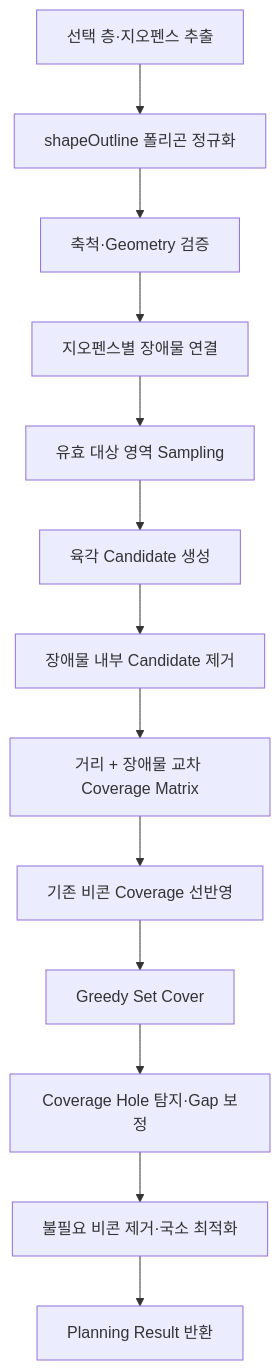
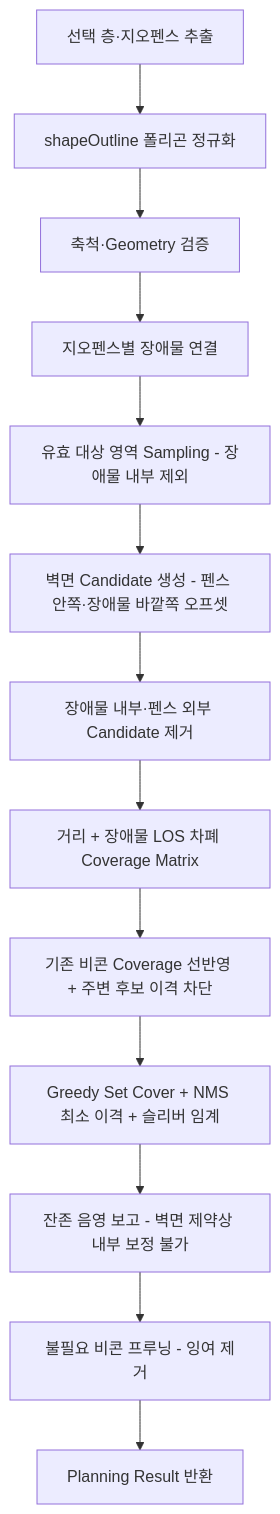
One commit to dongjunson/saferobo-dashboard changed the diagram in docs/beacon_planning.md. Above: the diagram before and after it, drawn with Mermaid. The commit also changed other lines of this file and 18 other files, not shown here.

````diff
--- a/docs/beacon_planning.md
+++ b/docs/beacon_planning.md
@@ -360,15 +432,15 @@
 ```mermaid
 flowchart TD
 A[선택 층·지오펜스 추출] --> B[shapeOutline 폴리곤 정규화]
 B --> C[축척·Geometry 검증]
 C --> D[지오펜스별 장애물 연결]
-D --> E[유효 대상 영역 Sampling]
-E --> F[육각 Candidate 생성]
-F --> G[장애물 내부 Candidate 제거]
-G --> H[거리 + 장애물 교차 Coverage Matrix]
-H --> I[기존 비콘 Coverage 선반영]
-I --> J[Greedy Set Cover]
-J --> K[Coverage Hole 탐지·Gap 보정]
-K --> L[불필요 비콘 제거·국소 최적화]
+D --> E[유효 대상 영역 Sampling - 장애물 내부 제외]
+E --> F[벽면 Candidate 생성 - 펜스 안쪽·장애물 바깥쪽 오프셋]
+F --> G[장애물 내부·펜스 외부 Candidate 제거]
+G --> H[거리 + 장애물 LOS 차폐 Coverage Matrix]
+H --> I[기존 비콘 Coverage 선반영 + 주변 후보 이격 차단]
+I --> J[Greedy Set Cover + NMS 최소 이격 + 슬리버 임계]
+J --> K[잔존 음영 보고 - 벽면 제약상 내부 보정 불가]
+K --> L[불필요 비콘 프루닝 - 잉여 제거]
 L --> M[Planning Result 반환]
 ```
````
